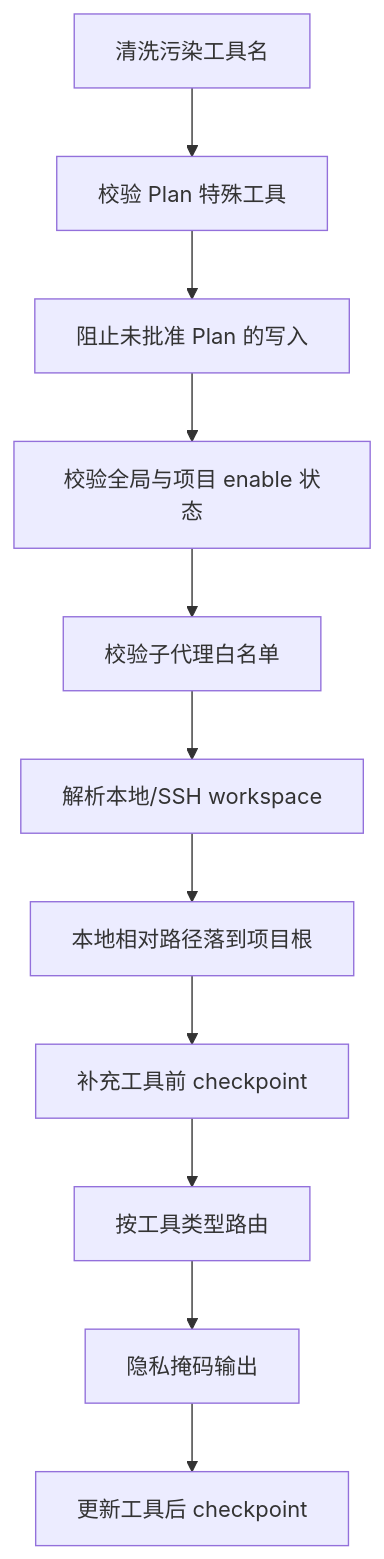
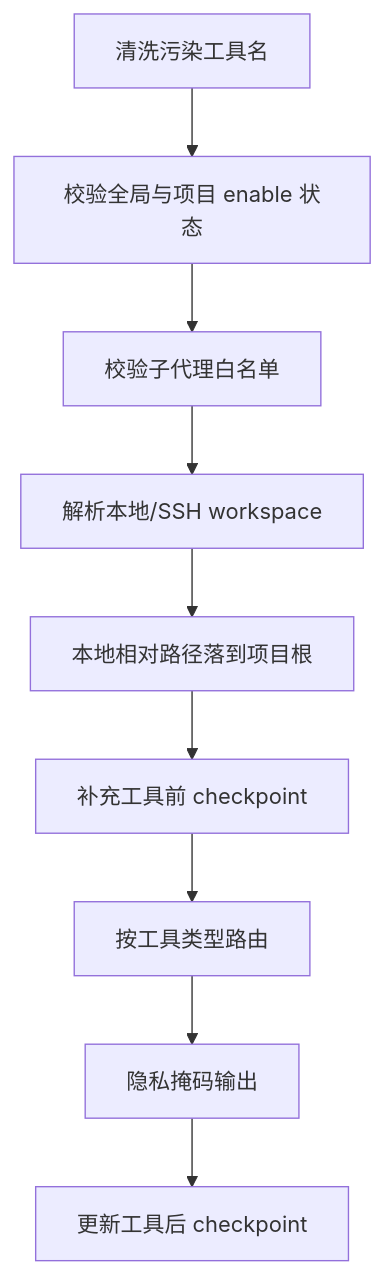
Diagram 13 of 23 in docs/zh-CN/4-架构与开发/4-Agent运行时与工具编排.md (BaSui01/snow-app), drawn with Mermaid before and after one commit. The commit also changed other lines of this file and 135 other files, not shown here.

````diff
--- a/docs/zh-CN/4-架构与开发/4-Agent运行时与工具编排.md
+++ b/docs/zh-CN/4-架构与开发/4-Agent运行时与工具编排.md
@@ -515,13 +515,11 @@
 ```mermaid
 flowchart TD
-    A[清洗污染工具名] --> B[校验 Plan 特殊工具]
-    B --> C[阻止未批准 Plan 的写入]
-    C --> D[校验全局与项目 enable 状态]
-    D --> E[校验子代理白名单]
-    E --> F[解析本地/SSH workspace]
-    F --> G[本地相对路径落到项目根]
-    G --> H[补充工具前 checkpoint]
-    H --> I[按工具类型路由]
-    I --> J[隐私掩码输出]
-    J --> K[更新工具后 checkpoint]
+    A[清洗污染工具名] --> B[校验全局与项目 enable 状态]
+    B --> C[校验子代理白名单]
+    C --> D[解析本地/SSH workspace]
+    D --> E[本地相对路径落到项目根]
+    E --> F[补充工具前 checkpoint]
+    F --> G[按工具类型路由]
+    G --> H[隐私掩码输出]
+    H --> I[更新工具后 checkpoint]
 ```
````
